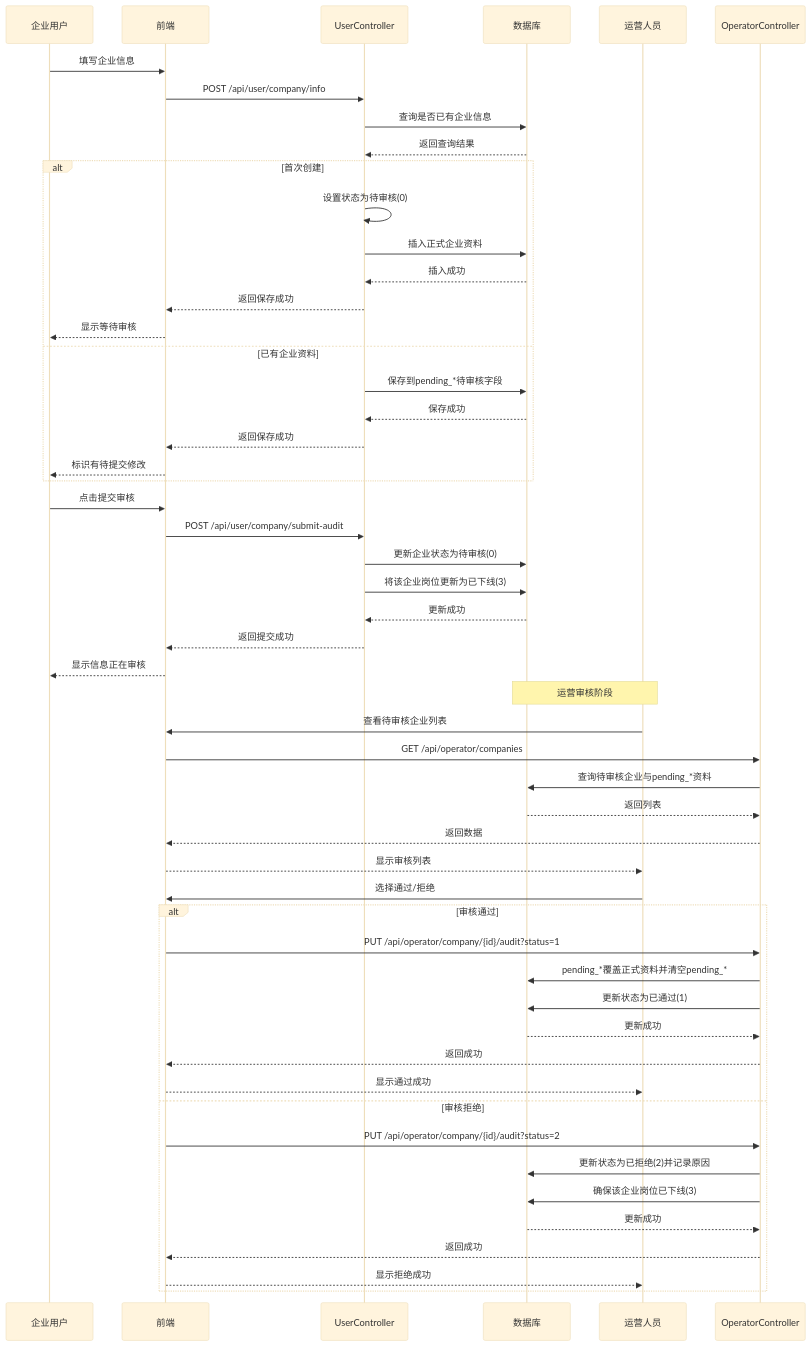
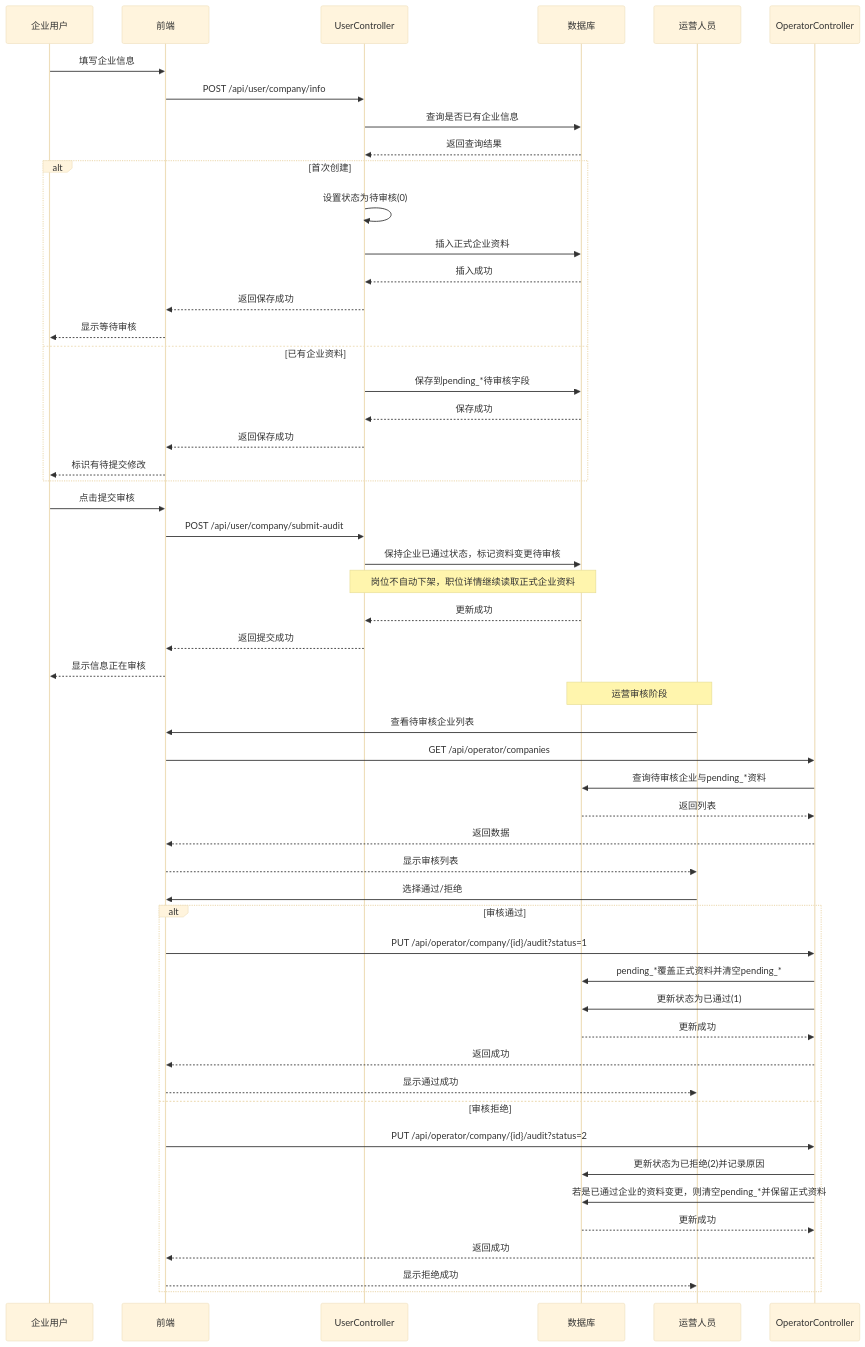
One commit to nzj2004/bylw changed the fifth of 25 diagrams in md文件夹/流程图.md. Above: the diagram before and after it, drawn with Mermaid (base theme). The commit also changed other lines of this file and 7 other files, not shown here.

````diff
--- a/md文件夹/流程图.md
+++ b/md文件夹/流程图.md
@@ -648,59 +648,59 @@
 ```mermaid
 sequenceDiagram
     participant E as 企业用户
     participant F as 前端
     participant C as UserController
     participant DB as 数据库
     participant O as 运营人员
     participant OC as OperatorController
 
     E->>F: 填写企业信息
     F->>C: POST /api/user/company/info
     C->>DB: 查询是否已有企业信息
     DB-->>C: 返回查询结果
     alt 首次创建
         C->>C: 设置状态为待审核(0)
         C->>DB: 插入正式企业资料
         DB-->>C: 插入成功
         C-->>F: 返回保存成功
         F-->>E: 显示等待审核
     else 已有企业资料
         C->>DB: 保存到pending_*待审核字段
         DB-->>C: 保存成功
         C-->>F: 返回保存成功
         F-->>E: 标识有待提交修改
     end
 
     E->>F: 点击提交审核
     F->>C: POST /api/user/company/submit-audit
-    C->>DB: 更新企业状态为待审核(0)
-    C->>DB: 将该企业岗位更新为已下线(3)
+    C->>DB: 保持企业已通过状态，标记资料变更待审核
+    Note over C,DB: 岗位不自动下架，职位详情继续读取正式企业资料
     DB-->>C: 更新成功
     C-->>F: 返回提交成功
     F-->>E: 显示信息正在审核
 
     Note over O,DB: 运营审核阶段
     O->>F: 查看待审核企业列表
     F->>OC: GET /api/operator/companies
     OC->>DB: 查询待审核企业与pending_*资料
     DB-->>OC: 返回列表
     OC-->>F: 返回数据
     F-->>O: 显示审核列表
 
     O->>F: 选择通过/拒绝
     alt 审核通过
         F->>OC: PUT /api/operator/company/{id}/audit?status=1
         OC->>DB: pending_*覆盖正式资料并清空pending_*
         OC->>DB: 更新状态为已通过(1)
         DB-->>OC: 更新成功
         OC-->>F: 返回成功
         F-->>O: 显示通过成功
     else 审核拒绝
         F->>OC: PUT /api/operator/company/{id}/audit?status=2
         OC->>DB: 更新状态为已拒绝(2)并记录原因
-        OC->>DB: 确保该企业岗位已下线(3)
+        OC->>DB: 若是已通过企业的资料变更，则清空pending_*并保留正式资料
         DB-->>OC: 更新成功
         OC-->>F: 返回成功
         F-->>O: 显示拒绝成功
     end
 ```
````
